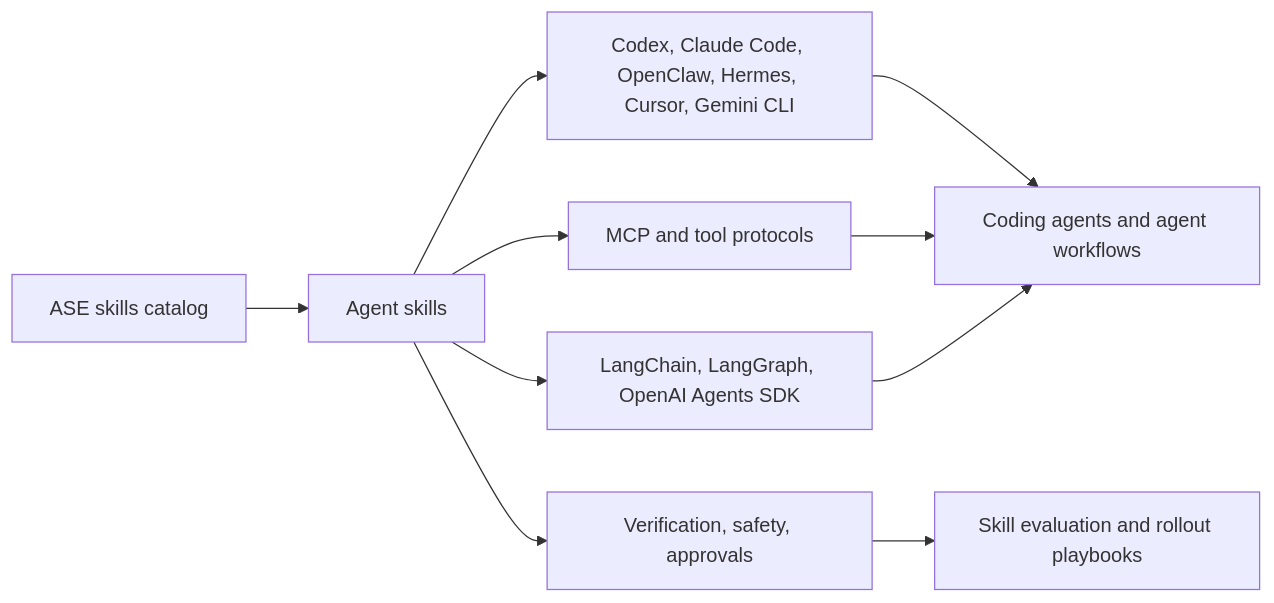
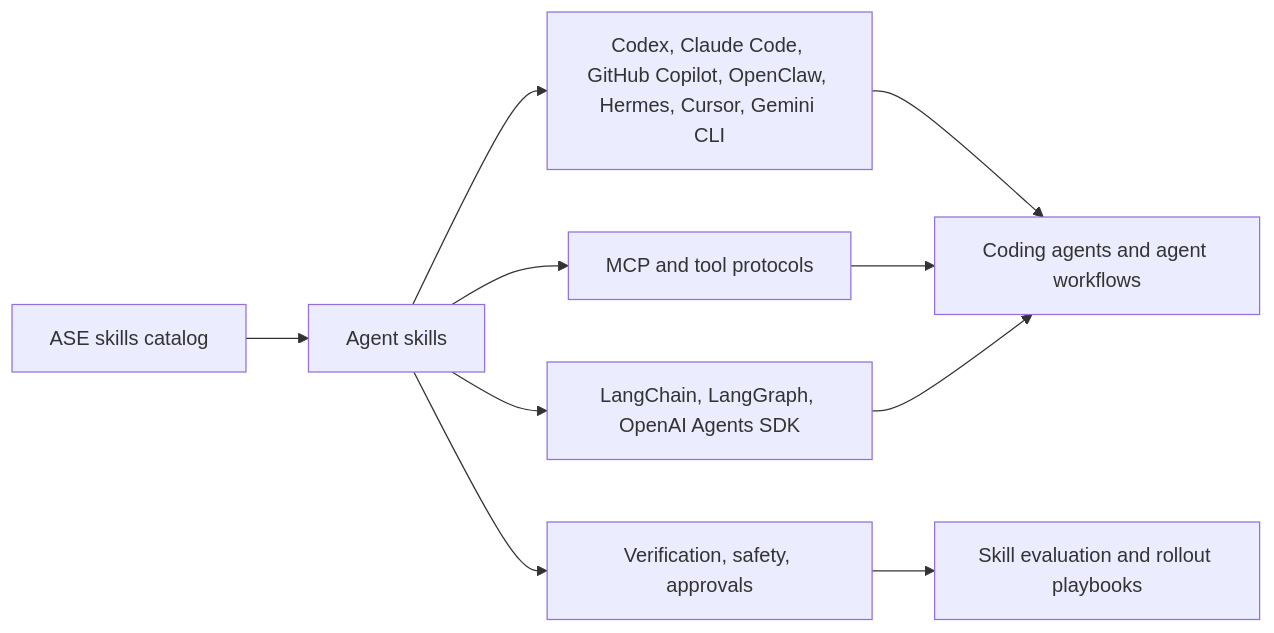
The first of 2 diagrams in overview.md (agentskillexchange/agent-skills-resources), drawn with Mermaid before and after one commit. The commit also changed other lines of this file and 10 other files, not shown here.

Commit message:
docs: add GitHub Copilot coverage

````diff
--- a/overview.md
+++ b/overview.md
@@ -9,12 +9,12 @@
 ```mermaid
 flowchart LR
   Catalog["ASE skills catalog"] --> Skills["Agent skills"]
-  Skills --> Runtimes["Codex, Claude Code, OpenClaw, Hermes, Cursor, Gemini CLI"]
+  Skills --> Runtimes["Codex, Claude Code, GitHub Copilot, OpenClaw, Hermes, Cursor, Gemini CLI"]
   Skills --> Protocols["MCP and tool protocols"]
   Skills --> Frameworks["LangChain, LangGraph, OpenAI Agents SDK"]
   Skills --> Evidence["Verification, safety, approvals"]
   Runtimes --> Workflows["Coding agents and agent workflows"]
   Protocols --> Workflows
   Frameworks --> Workflows
   Evidence --> Rollout["Skill evaluation and rollout playbooks"]
 ```
````
